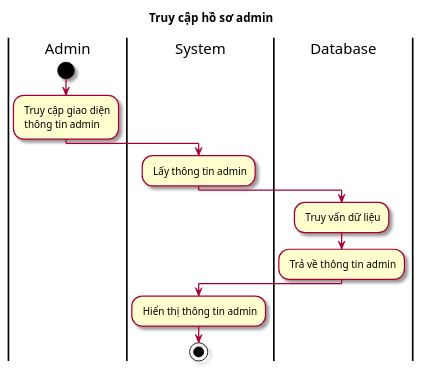
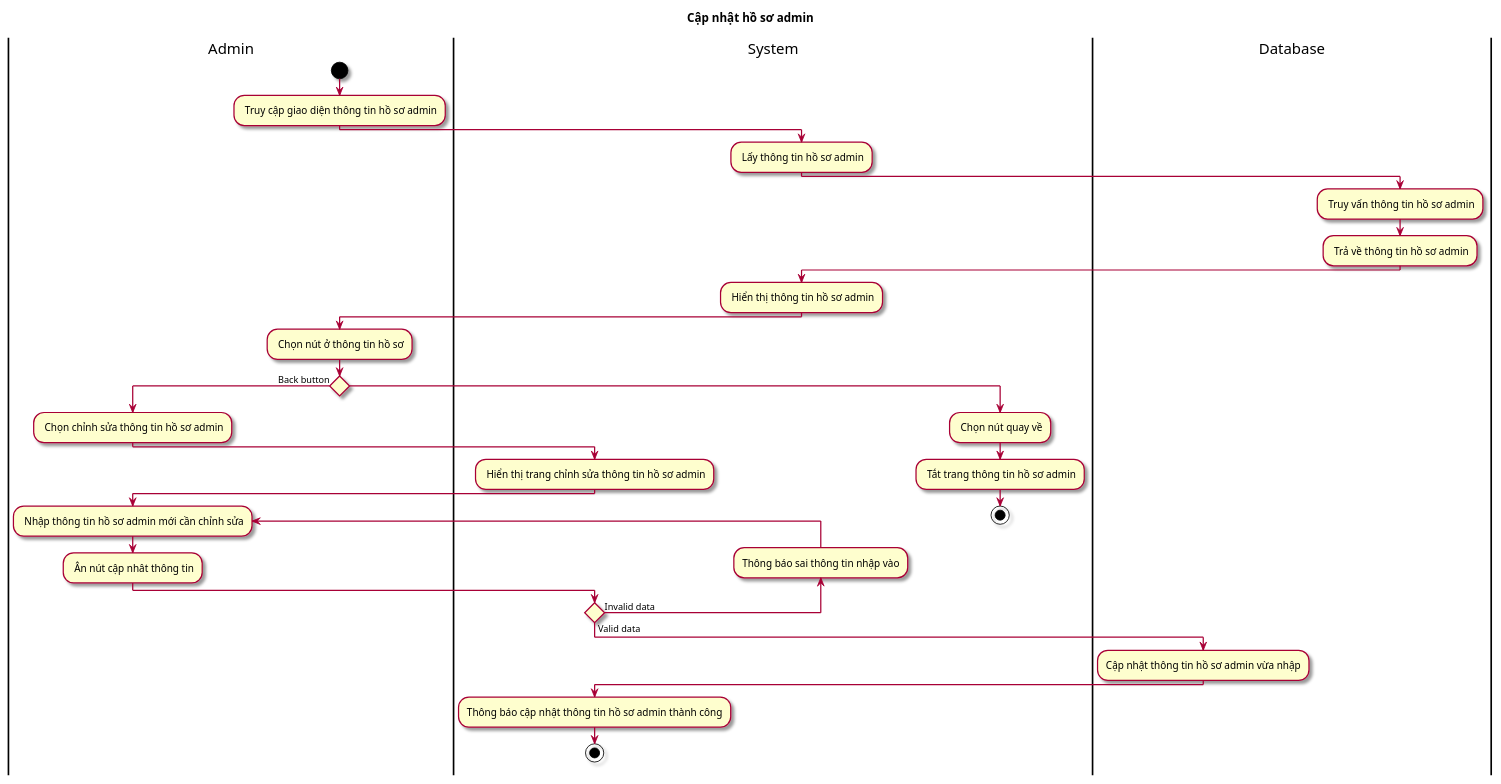
The diagram in Lab1/Lab 1.2 Diagram/Activity/FileUML/7.1 ActTruyCapHoSoAdmin.puml (Griselda4774/EAS-EmploymentAssistanceSystem), drawn with PlantUML before and after one commit. The commit also changed other lines of this file and 19 other files, not shown here.

```diff
--- a/Lab1/Lab 1.2 Diagram/Activity/FileUML/7.1 ActTruyCapHoSoAdmin.puml
+++ b/Lab1/Lab 1.2 Diagram/Activity/FileUML/7.1 ActTruyCapHoSoAdmin.puml
@@ -1,17 +1,37 @@
-@startuml ActTruyCapHoSoAdmin
-
+@startuml ActQuanLyHoSoAdmin
+title Cập nhật hồ sơ admin
 skin rose
-title Truy cập hồ sơ admin
-
 |Admin|
 start
-: Truy cập giao diện\n thông tin admin;
+: Truy cập giao diện thông tin hồ sơ admin;
 |System|
-: Lấy thông tin admin;
+: Lấy thông tin hồ sơ admin;
 |Database|
-: Truy vấn dữ liệu;
-: Trả về thông tin admin;
+: Truy vấn thông tin hồ sơ admin;
+: Trả về thông tin hồ sơ admin;
 |System|
-: Hiển thị thông tin admin;
+: Hiển thị thông tin hồ sơ admin;
+|Admin|
+: Chọn nút ở thông tin hồ sơ;
+if () then (Back button)
+|Admin|
+: Chọn chỉnh sửa thông tin hồ sơ admin;
+|System|
+: Hiển thị trang chỉnh sửa thông tin hồ sơ admin;
+|Admin|
+repeat: Nhập thông tin hồ sơ admin mới cần chỉnh sửa;
+: Ân nút cập nhât thông tin;
+|System|
+backward :Thông báo sai thông tin nhập vào;
+repeat while () is (Invalid data) not (Valid data)
+|Database|
+:Cập nhật thông tin hồ sơ admin vừa nhập;
+|System|
+:Thông báo cập nhật thông tin hồ sơ admin thành công;
+stop
+else
+: Chọn nút quay về;
+|System|
+: Tắt trang thông tin hồ sơ admin;
 stop
 @enduml
```
